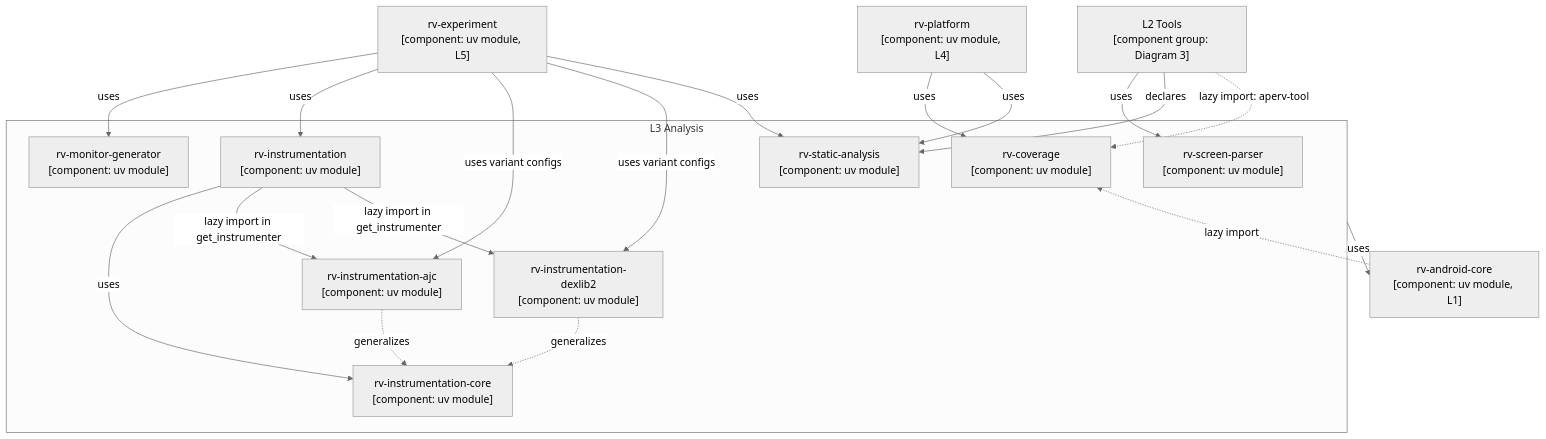
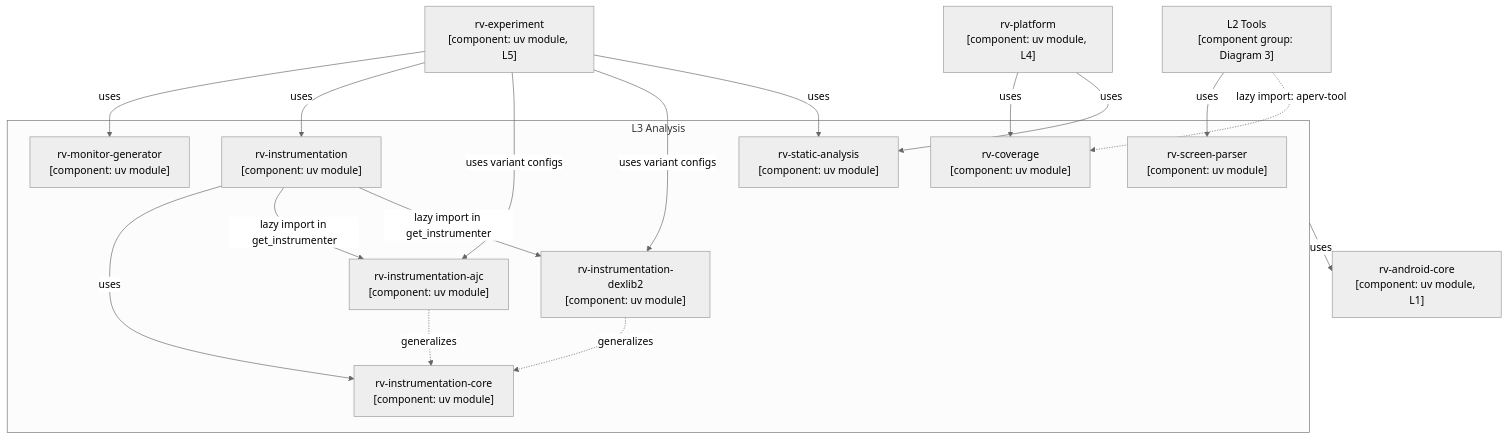
Before and after one commit to PAMunb/rvsec: the fourth of 8 diagrams in rv-android/docs/architecture/rv-android.md, drawn with Mermaid. The commit also changed other lines of this file and 45 other files, not shown here.

````diff
--- a/rv-android/docs/architecture/rv-android.md
+++ b/rv-android/docs/architecture/rv-android.md
@@ -348,38 +341,36 @@
 ```mermaid
 %%{init: {'theme': 'neutral'}}%%
 flowchart TB
-    %% Source: modules/rv-coverage/pyproject.toml, modules/rv-static-analysis/pyproject.toml, modules/rv-screen-parser/pyproject.toml, modules/rv-monitor-generator/pyproject.toml, modules/rv-instrumentation/src/rv_instrumentation/, modules/rv-instrumentation-core/, modules/rv-instrumentation-ajc/, modules/rv-instrumentation-dexlib2/, modules/rv-android-core/src/rv_android_core/domain/task.py
-    %% Omitted: the individual L2 modules (collapsed into one box; detail in Diagram 3); rv-experiment's declared-only edges to rv-screen-parser and rv-coverage (listed in modules/rv-experiment/pyproject.toml, never imported by its source)
+    %% Source: modules/rv-coverage/pyproject.toml, modules/rv-static-analysis/pyproject.toml, modules/rv-screen-parser/pyproject.toml, modules/rv-monitor-generator/pyproject.toml, modules/rv-instrumentation/src/rv_instrumentation/, modules/rv-instrumentation-core/, modules/rv-instrumentation-ajc/, modules/rv-instrumentation-dexlib2/
+    %% Omitted: the individual L2 modules (collapsed into one box; detail in Diagram 3); rv-agent's dev-group dependency on rv-static-analysis (test files only)
     exp["rv-experiment<br/>[component: uv module, L5]"]
     plat["rv-platform<br/>[component: uv module, L4]"]
     l2["L2 Tools<br/>[component group: Diagram 3]"]
     subgraph L3["L3 Analysis"]
         cov["rv-coverage<br/>[component: uv module]"]
         sa["rv-static-analysis<br/>[component: uv module]"]
         sp["rv-screen-parser<br/>[component: uv module]"]
         mg["rv-monitor-generator<br/>[component: uv module]"]
         instr["rv-instrumentation<br/>[component: uv module]"]
         instrcore["rv-instrumentation-core<br/>[component: uv module]"]
         ajc["rv-instrumentation-ajc<br/>[component: uv module]"]
         dex["rv-instrumentation-dexlib2<br/>[component: uv module]"]
     end
     core["rv-android-core<br/>[component: uv module, L1]"]
 
     exp -->|"uses"| mg
     exp -->|"uses"| instr
     exp -->|"uses variant configs"| ajc
     exp -->|"uses variant configs"| dex
     exp -->|"uses"| sa
     plat -->|"uses"| cov
     plat -->|"uses"| sa
     l2 -->|"uses"| sp
-    l2 -->|"declares"| sa
     l2 -.->|"lazy import: aperv-tool"| cov
     instr -->|"uses"| instrcore
     instr -->|"lazy import in get_instrumenter"| ajc
     instr -->|"lazy import in get_instrumenter"| dex
     ajc -.->|"generalizes"| instrcore
     dex -.->|"generalizes"| instrcore
-    core -.->|"lazy import"| cov
     L3 -->|"uses"| core
 ```
````
